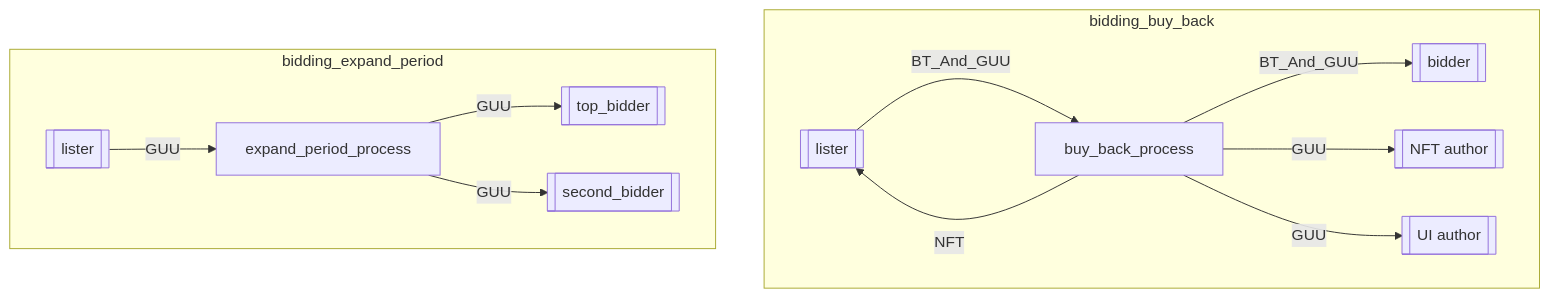
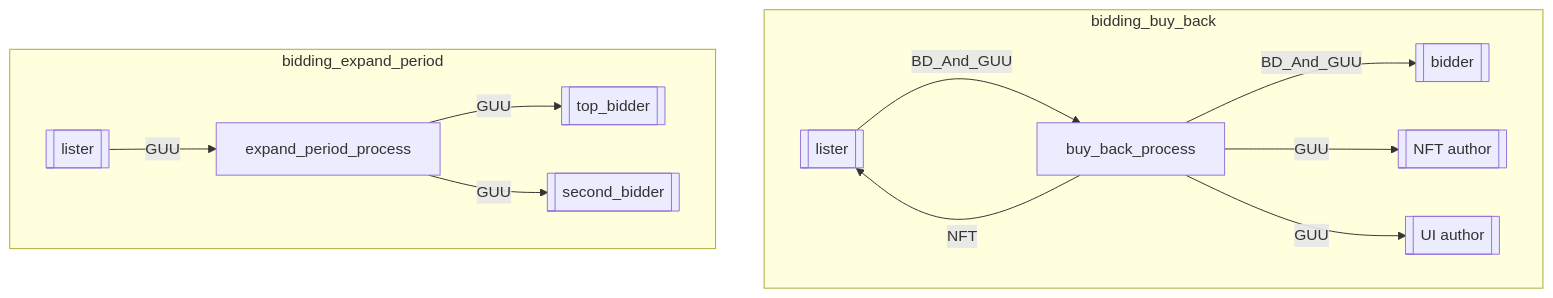
The third of 7 diagrams in x/nftmarket/spec/03_auction_state.md (UnUniFi/chain), drawn with Mermaid before and after one commit. The commit also changed other lines of this file and 3 other files, not shown here.

````diff
--- a/x/nftmarket/spec/03_auction_state.md
+++ b/x/nftmarket/spec/03_auction_state.md
@@ -89,25 +89,25 @@
 ```mermaid
 flowchart TD
 subgraph bidding_buy_back
 	bidder_buy_back[[bidder]]
 	lister_buy_back[[lister]]
 	NFT_author_buy_back[[NFT author]]
 	UI_author_buy_back[[UI author]]
 
-	lister_buy_back --BT_And_GUU--> buy_back_process
-	buy_back_process --BT_And_GUU--> bidder_buy_back
+	lister_buy_back --BD_And_GUU--> buy_back_process
+	buy_back_process --BD_And_GUU--> bidder_buy_back
 	buy_back_process --GUU--> NFT_author_buy_back
 	buy_back_process --GUU--> UI_author_buy_back
 	buy_back_process --NFT--> lister_buy_back
 end
 
 subgraph bidding_expand_period
 	top_bidder_expand_period[[top_bidder]]
 	second_bidder_expand_period[[second_bidder]]
 	lister_expand_period[[lister]]
 
 	lister_expand_period--GUU--> expand_period_process
 	expand_period_process--GUU--> top_bidder_expand_period
 	expand_period_process--GUU--> second_bidder_expand_period
 end
 ```
````
